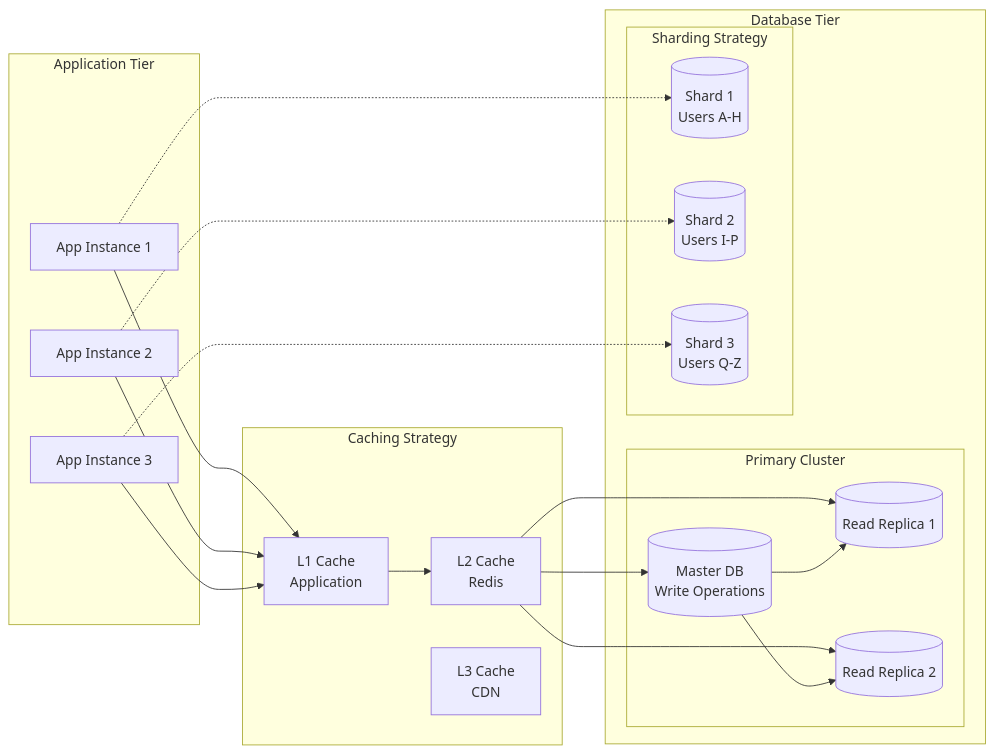
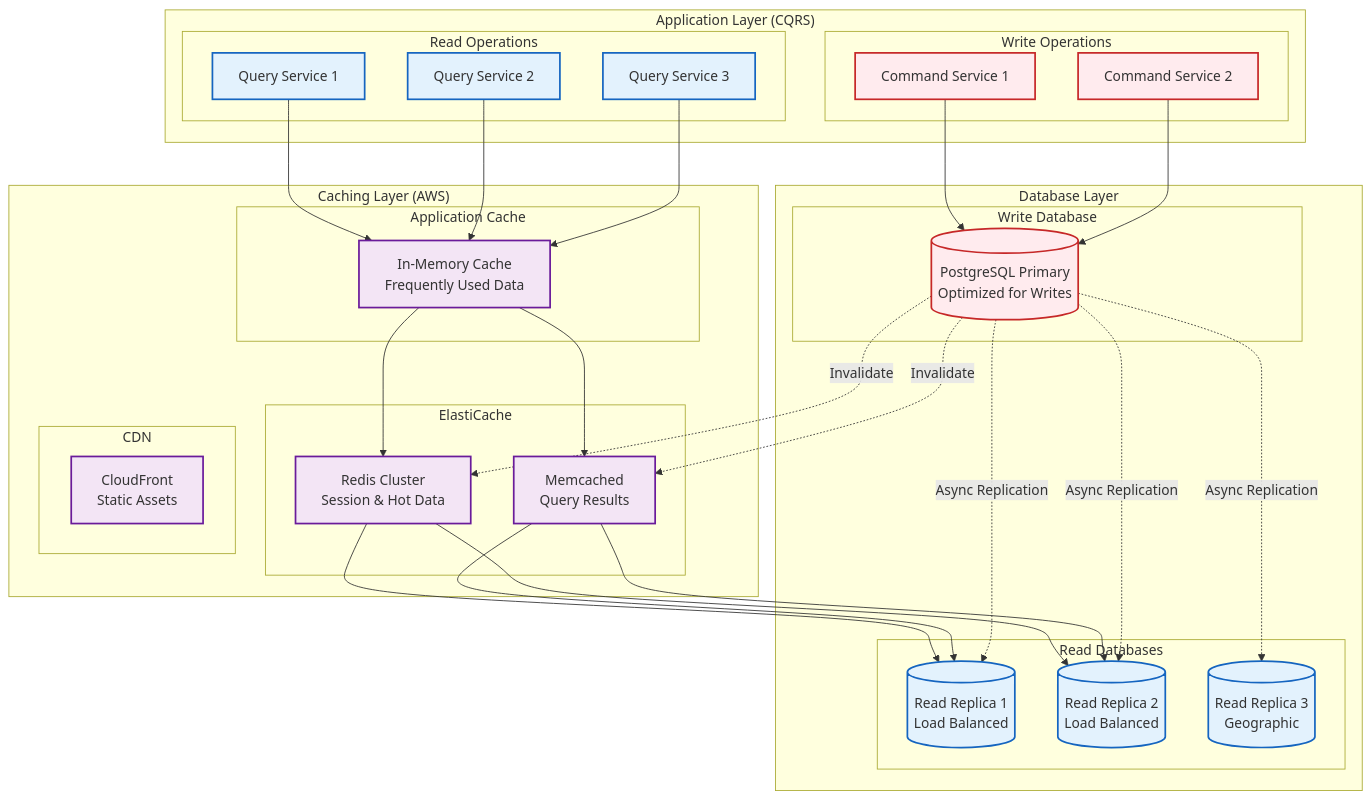
The fifth of 8 diagrams in docs/EXERCISE-2.md (doraeball22/opn-commerce-backend), drawn with Mermaid before and after one commit. The commit also changed other lines of this file, not shown here.

Commit message:
refactor(docs): simplify database scaling strategy using CQRS pattern
- Replace complex sharding approach with CQRS-based read/write separation
- Leverage existing CQRS architecture for simpler scaling
- Add comprehensive AWS ElastiCache strategy with Redis and Memcached
- Include clear caching layers: L1 (in-memory), ElastiCache, and CloudFront CDN
- Provide AWS configuration examples for production deployment

This approach is more maintainable and aligns with the system's existing CQRS design.

````diff
--- a/docs/EXERCISE-2.md
+++ b/docs/EXERCISE-2.md
@@ -420,44 +422,76 @@
 ```mermaid
-graph LR
-    subgraph "Application Tier"
-        APP1[App Instance 1]
-        APP2[App Instance 2]
-        APP3[App Instance 3]
-    end
-
-    subgraph "Database Tier"
-        subgraph "Primary Cluster"
-            MASTER[(Master DB<br/>Write Operations)]
-            SLAVE1[(Read Replica 1)]
-            SLAVE2[(Read Replica 2)]
+graph TB
+    subgraph "Application Layer (CQRS)"
+        subgraph "Write Operations"
+            CMD1[Command Service 1]
+            CMD2[Command Service 2]
         end
         
-        subgraph "Sharding Strategy"
-            SHARD1[(Shard 1<br/>Users A-H)]
-            SHARD2[(Shard 2<br/>Users I-P)]
-            SHARD3[(Shard 3<br/>Users Q-Z)]
+        subgraph "Read Operations"
+            QUERY1[Query Service 1]
+            QUERY2[Query Service 2]
+            QUERY3[Query Service 3]
         end
     end
 
-    subgraph "Caching Strategy"
-        L1[L1 Cache<br/>Application]
-        L2[L2 Cache<br/>Redis]
-        L3[L3 Cache<br/>CDN]
+    subgraph "Database Layer"
+        subgraph "Write Database"
+            WRITE_DB[(PostgreSQL Primary<br/>Optimized for Writes)]
+        end
+        
+        subgraph "Read Databases"
+            READ_DB1[(Read Replica 1<br/>Load Balanced)]
+            READ_DB2[(Read Replica 2<br/>Load Balanced)]
+            READ_DB3[(Read Replica 3<br/>Geographic)]
+        end
     end
 
-    APP1 --> L1
-    APP2 --> L1
-    APP3 --> L1
+    subgraph "Caching Layer (AWS)"
+        subgraph "ElastiCache"
+            REDIS_CLUSTER[Redis Cluster<br/>Session & Hot Data]
+            MEMCACHED[Memcached<br/>Query Results]
+        end
+        
+        subgraph "Application Cache"
+            L1_CACHE[In-Memory Cache<br/>Frequently Used Data]
+        end
+        
+        subgraph "CDN"
+            CLOUDFRONT[CloudFront<br/>Static Assets]
+        end
+    end
+
+    %% Write flow
+    CMD1 --> WRITE_DB
+    CMD2 --> WRITE_DB
     
-    L1 --> L2
-    L2 --> MASTER
-    L2 --> SLAVE1
-    L2 --> SLAVE2
+    %% Read flow with caching
+    QUERY1 --> L1_CACHE
+    QUERY2 --> L1_CACHE
+    QUERY3 --> L1_CACHE
     
-    MASTER --> SLAVE1
-    MASTER --> SLAVE2
+    L1_CACHE --> REDIS_CLUSTER
+    L1_CACHE --> MEMCACHED
     
-    APP1 -.-> SHARD1
-    APP2 -.-> SHARD2
-    APP3 -.-> SHARD3
+    REDIS_CLUSTER --> READ_DB1
+    REDIS_CLUSTER --> READ_DB2
+    MEMCACHED --> READ_DB1
+    MEMCACHED --> READ_DB2
+    
+    %% Replication
+    WRITE_DB -.->|Async Replication| READ_DB1
+    WRITE_DB -.->|Async Replication| READ_DB2
+    WRITE_DB -.->|Async Replication| READ_DB3
+    
+    %% Cache invalidation
+    WRITE_DB -.->|Invalidate| REDIS_CLUSTER
+    WRITE_DB -.->|Invalidate| MEMCACHED
+
+    classDef writeClass fill:#ffebee,stroke:#c62828,stroke-width:2px
+    classDef readClass fill:#e3f2fd,stroke:#1565c0,stroke-width:2px
+    classDef cacheClass fill:#f3e5f5,stroke:#6a1b9a,stroke-width:2px
+
+    class CMD1,CMD2,WRITE_DB writeClass
+    class QUERY1,QUERY2,QUERY3,READ_DB1,READ_DB2,READ_DB3 readClass
+    class REDIS_CLUSTER,MEMCACHED,L1_CACHE,CLOUDFRONT cacheClass
 ```
````
